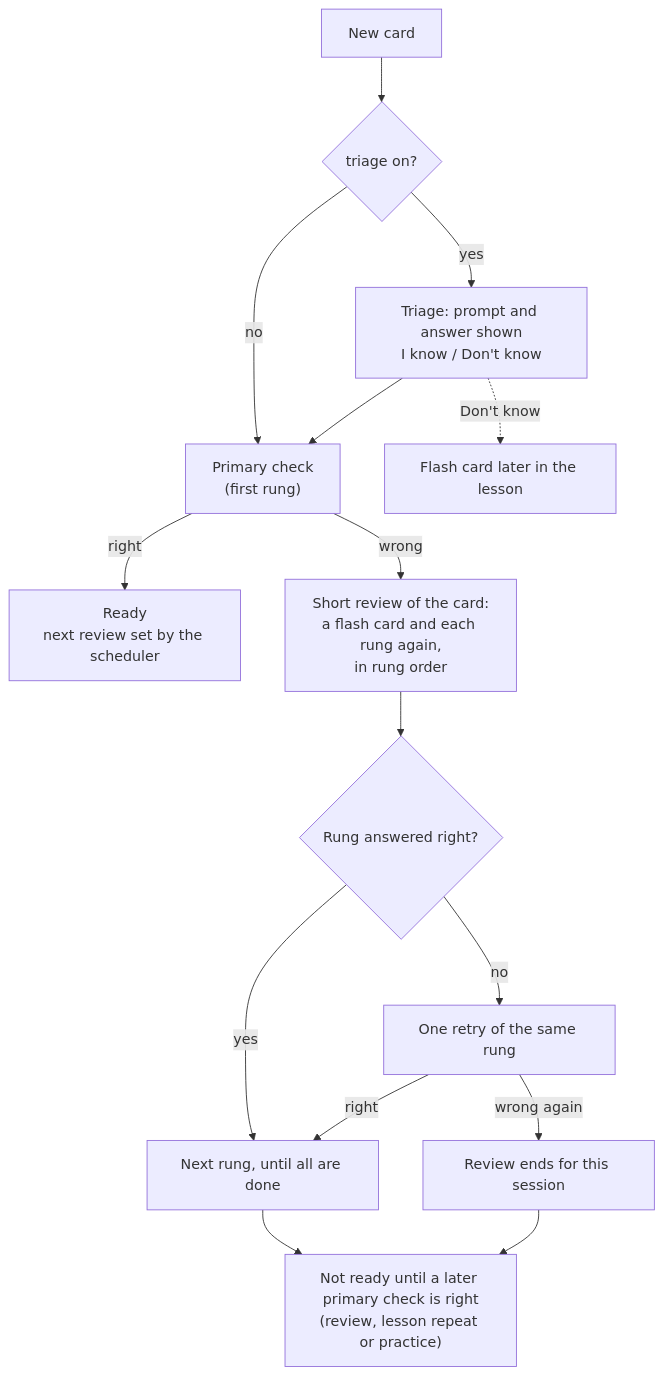
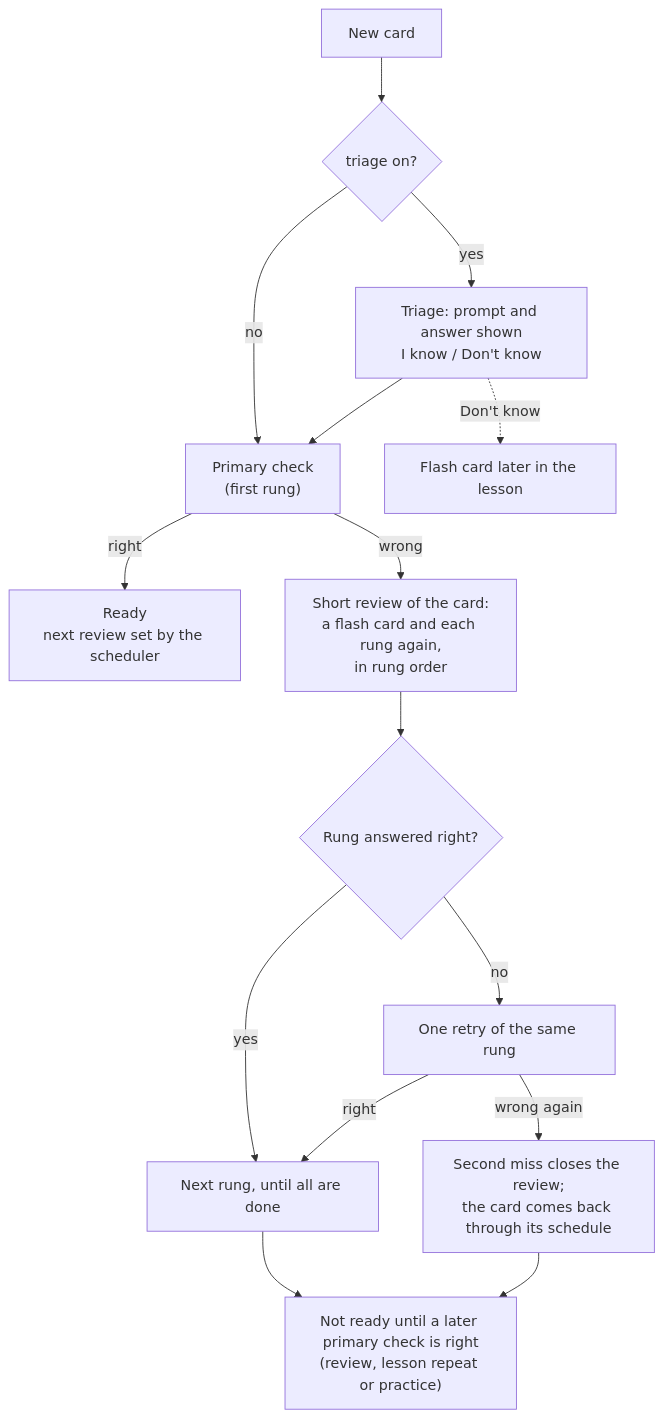
Before and after one commit to Marid5/ai-tutor: the diagram in docs/exercises.md, drawn with Mermaid. The commit also changed other lines of this file and 6 other files, not shown here.

````diff
--- a/docs/exercises.md
+++ b/docs/exercises.md
@@ -69,17 +69,17 @@
 ```mermaid
 flowchart TD
     new["New card"] --> triage{"triage on?"}
     triage -- yes --> seen["Triage: prompt and answer shown<br/>I know / Don't know"]
     triage -- no --> check
     seen --> check["Primary check<br/>(first rung)"]
     seen -. "Don't know" .-> flash1["Flash card later in the lesson"]
     check -- right --> ready["Ready<br/>next review set by the scheduler"]
     check -- wrong --> review["Short review of the card:<br/>a flash card and each rung again,<br/>in rung order"]
     review --> rung{"Rung answered right?"}
     rung -- "yes" --> next["Next rung, until all are done"]
     rung -- "no" --> retry["One retry of the same rung"]
     retry -- "right" --> next
-    retry -- "wrong again" --> stop["Review ends for this session"]
+    retry -- "wrong again" --> stop["Second miss closes the review;<br/>the card comes back through its schedule"]
     next --> later
     stop --> later["Not ready until a later primary check is right<br/>(review, lesson repeat or practice)"]
 ```
````
